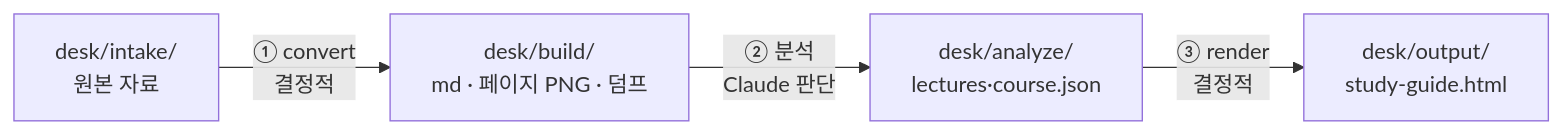
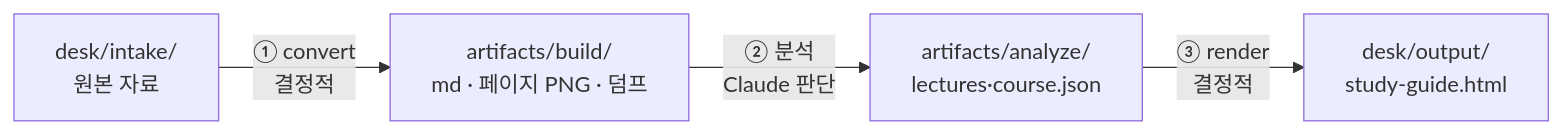
The diagram in docs/wiki/README.md (lsc892/Examplify), drawn with Mermaid before and after one commit. The commit also changed other lines of this file and 17 other files, not shown here.

First line of the commit message:
작업공간 재편: 중간 산출물을 artifacts/로 분리(desk는 intake·output만)

````diff
--- a/docs/wiki/README.md
+++ b/docs/wiki/README.md
@@ -11,6 +11,6 @@
 ```mermaid
 flowchart LR
-  A[desk/intake/<br/>원본 자료] -->|① convert<br/>결정적| B[desk/build/<br/>md · 페이지 PNG · 덤프]
-  B -->|② 분석<br/>Claude 판단| C[desk/analyze/<br/>lectures·course.json]
+  A[desk/intake/<br/>원본 자료] -->|① convert<br/>결정적| B[artifacts/build/<br/>md · 페이지 PNG · 덤프]
+  B -->|② 분석<br/>Claude 판단| C[artifacts/analyze/<br/>lectures·course.json]
   C -->|③ render<br/>결정적| D[desk/output/<br/>study-guide.html]
 ```
````
